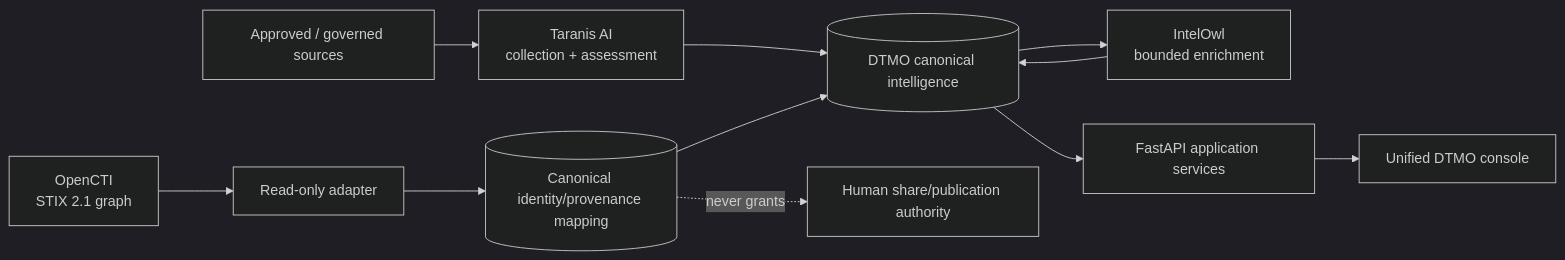
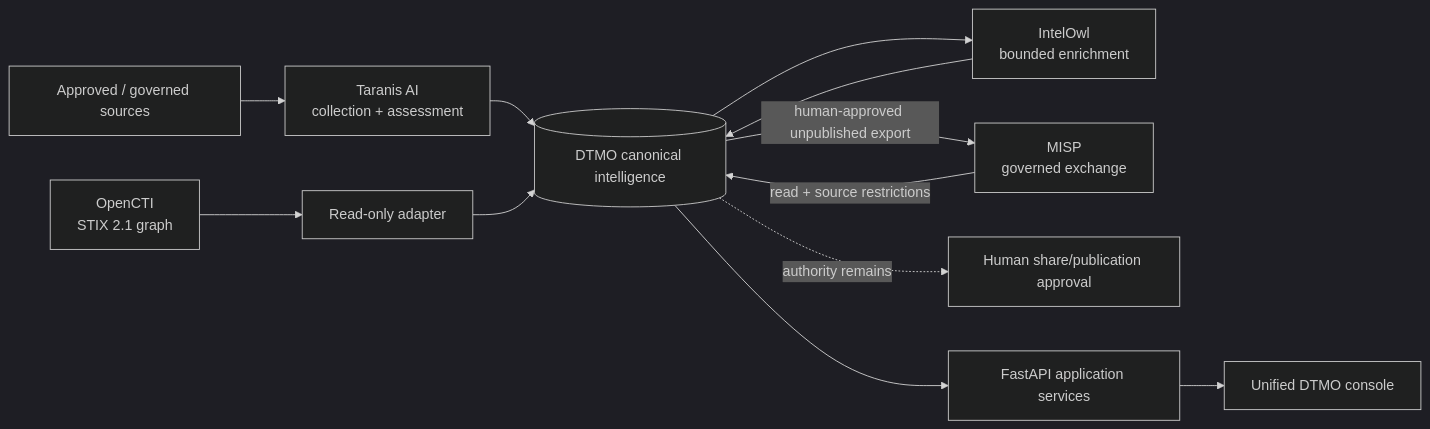
Before and after one commit to GJvManen/dtmo: the diagram in README.md, drawn with Mermaid (dark theme). The commit also changed other lines of this file, not shown here.

Commit message:
Advance README to Phase 11.5 MISP consolidation

````diff
--- a/README.md
+++ b/README.md
@@ -35,13 +34,14 @@
 ```mermaid
 flowchart LR
     S[Approved / governed sources] --> TAR[Taranis AI\ncollection + assessment]
     TAR --> D[(DTMO canonical intelligence)]
     D --> OWL[IntelOwl\nbounded enrichment]
     OWL --> D
     O[OpenCTI\nSTIX 2.1 graph] --> A[Read-only adapter]
-    A --> M[(Canonical identity/provenance mapping)]
-    M --> D
-    M -. never grants .-> H[Human share/publication authority]
+    A --> D
+    M[MISP\ngoverned exchange] -->|read + source restrictions| D
+    D -->|human-approved unpublished export| M
+    D -. authority remains .-> H[Human share/publication approval]
     D --> API[FastAPI application services]
     API --> UI[Unified DTMO console]
 ```
````
